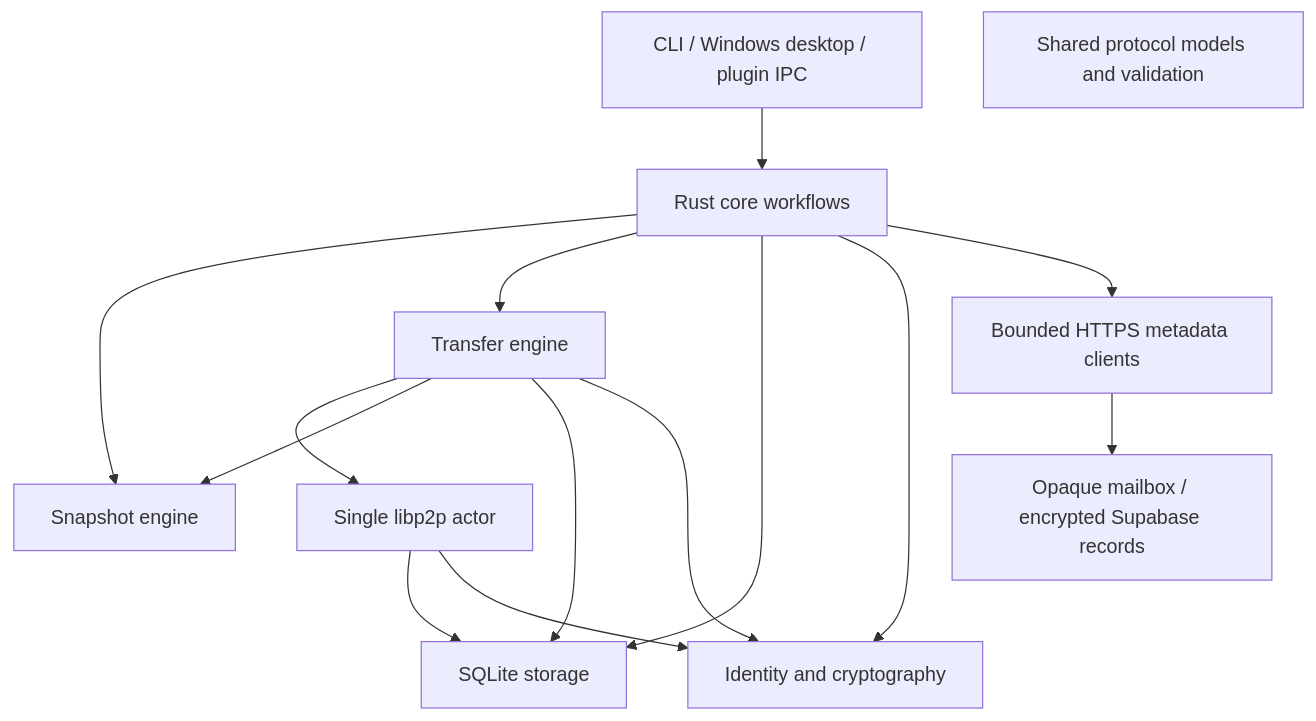
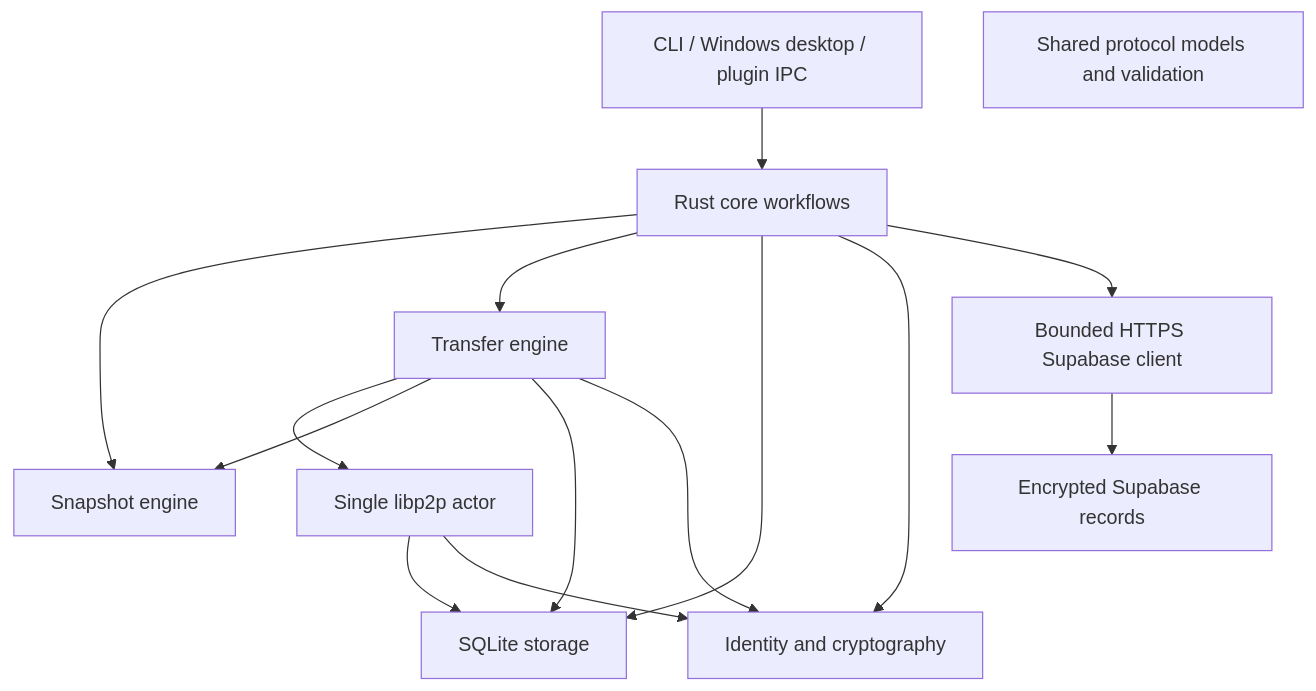
One commit to ege-ozel/track-mesh changed the diagram in docs/ARCHITECTURE.md. Above: the diagram before and after it, drawn with Mermaid. The commit also changed other lines of this file and 54 other files, not shown here.

First line of the commit message:
Remove the relay client from the build; keep mailbox and relay clients as notes in future/

````diff
--- a/docs/ARCHITECTURE.md
+++ b/docs/ARCHITECTURE.md
@@ -7,17 +7,17 @@
 ```mermaid
 flowchart TD
     CLI[CLI / Windows desktop / plugin IPC] --> Core[Rust core workflows]
     Core --> Snapshot[Snapshot engine]
     Core --> Transfer[Transfer engine]
     Core --> Storage[SQLite storage]
     Core --> Crypto[Identity and cryptography]
-    Core --> Mailbox[Bounded HTTPS metadata clients]
-    Mailbox --> Metadata[Opaque mailbox / encrypted Supabase records]
+    Core --> Supabase[Bounded HTTPS Supabase client]
+    Supabase --> Metadata[Encrypted Supabase records]
     Transfer --> Network[Single libp2p actor]
     Transfer --> Snapshot
     Transfer --> Storage
     Transfer --> Crypto
     Network --> Storage
     Network --> Crypto
     Protocol[Shared protocol models and validation]
 ```
````
